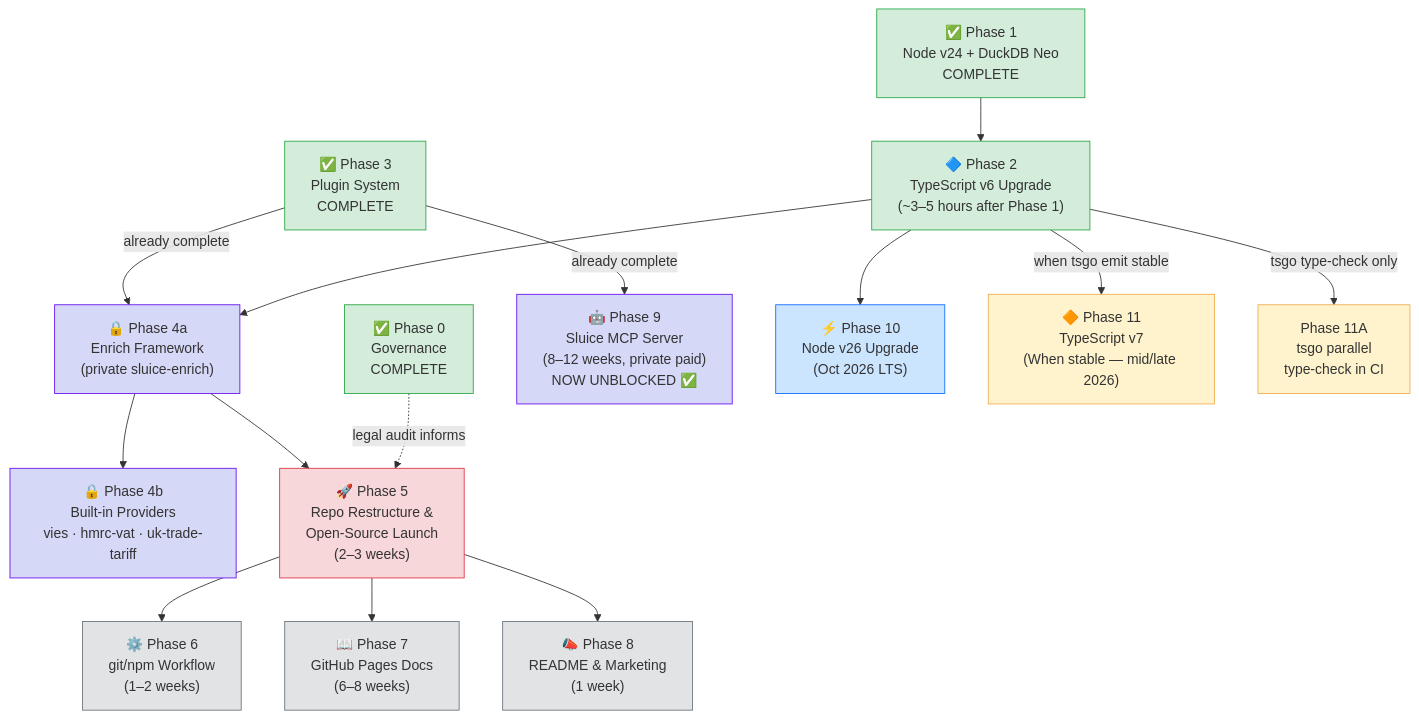
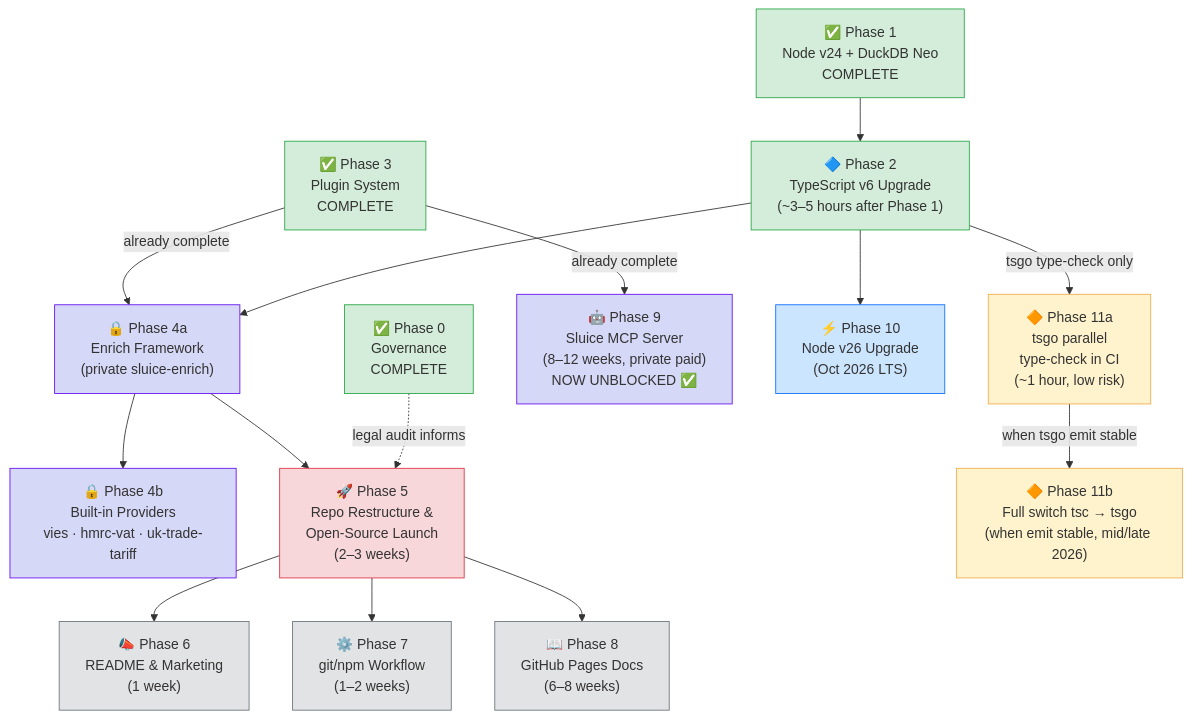
Before and after one commit to caracal-lynx/sluice: the second of 8 diagrams in docs/SLUICE-IMPLEMENTATION-PLAN.md, drawn with Mermaid. The commit also changed other lines of this file and 1 other file, not shown here.

Commit message:
[master] - 📝 Update documentation references and phase sequencing in Context and Implementation Plan

````diff
--- a/docs/SLUICE-IMPLEMENTATION-PLAN.md
+++ b/docs/SLUICE-IMPLEMENTATION-PLAN.md
@@ -137,45 +137,46 @@
 ```mermaid
 flowchart TD
     P0["✅ Phase 0\nGovernance\nCOMPLETE"]
     P1["✅ Phase 1\nNode v24 + DuckDB Neo\nCOMPLETE"]
     P2["🔷 Phase 2\nTypeScript v6 Upgrade\n(~3–5 hours after Phase 1)"]
     P3["✅ Phase 3\nPlugin System\nCOMPLETE"]
     P4A["🔒 Phase 4a\nEnrich Framework\n(private sluice-enrich)"]
     P4B["🔒 Phase 4b\nBuilt-in Providers\nvies · hmrc-vat · uk-trade-tariff"]
     P5["🚀 Phase 5\nRepo Restructure &\nOpen-Source Launch\n(2–3 weeks)"]
-    P6["⚙️ Phase 6\ngit/npm Workflow\n(1–2 weeks)"]
-    P7["📖 Phase 7\nGitHub Pages Docs\n(6–8 weeks)"]
-    P8["📣 Phase 8\nREADME & Marketing\n(1 week)"]
+    P6["📣 Phase 6\nREADME & Marketing\n(1 week)"]
+    P7["⚙️ Phase 7\ngit/npm Workflow\n(1–2 weeks)"]
+    P8["📖 Phase 8\nGitHub Pages Docs\n(6–8 weeks)"]
     P9["🤖 Phase 9\nSluice MCP Server\n(8–12 weeks, private paid)\nNOW UNBLOCKED ✅"]
     P10["⚡ Phase 10\nNode v26 Upgrade\n(Oct 2026 LTS)"]
-    P11["🔶 Phase 11\nTypeScript v7\n(When stable — mid/late 2026)"]
+    P11A["🔶 Phase 11a\ntsgo parallel\ntype-check in CI\n(~1 hour, low risk)"]
+    P11B["🔶 Phase 11b\nFull switch tsc → tsgo\n(when emit stable, mid/late 2026)"]
 
     P0 -.->|legal audit informs| P5
     P1 --> P2
-    P2 -->|tsgo type-check only| P11A["Phase 11A\ntsgo parallel\ntype-check in CI"]
+    P2 -->|tsgo type-check only| P11A
     P2 --> P4A
     P3 -->|already complete| P4A
     P3 -->|already complete| P9
     P4A --> P4B
     P4A --> P5
     P5 --> P6
     P5 --> P7
     P5 --> P8
     P2 --> P10
-    P2 -->|when tsgo emit stable| P11
+    P11A -->|when tsgo emit stable| P11B
 
     style P0 fill:#d4edda,stroke:#28a745
     style P1 fill:#d4edda,stroke:#28a745
     style P2 fill:#d4edda,stroke:#28a745
     style P3 fill:#d4edda,stroke:#28a745
     style P4A fill:#d6d8f7,stroke:#6610f2
     style P4B fill:#d6d8f7,stroke:#6610f2
     style P5 fill:#f8d7da,stroke:#dc3545
     style P6 fill:#e2e3e5,stroke:#6c757d
     style P7 fill:#e2e3e5,stroke:#6c757d
     style P8 fill:#e2e3e5,stroke:#6c757d
     style P9 fill:#d6d8f7,stroke:#6610f2
     style P10 fill:#cce5ff,stroke:#0d6efd
-    style P11 fill:#fff3cd,stroke:#f0ad4e
     style P11A fill:#fff3cd,stroke:#f0ad4e
+    style P11B fill:#fff3cd,stroke:#f0ad4e
 ```
````
